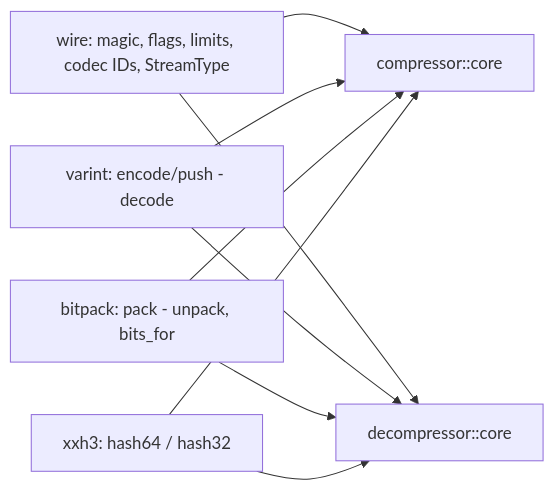
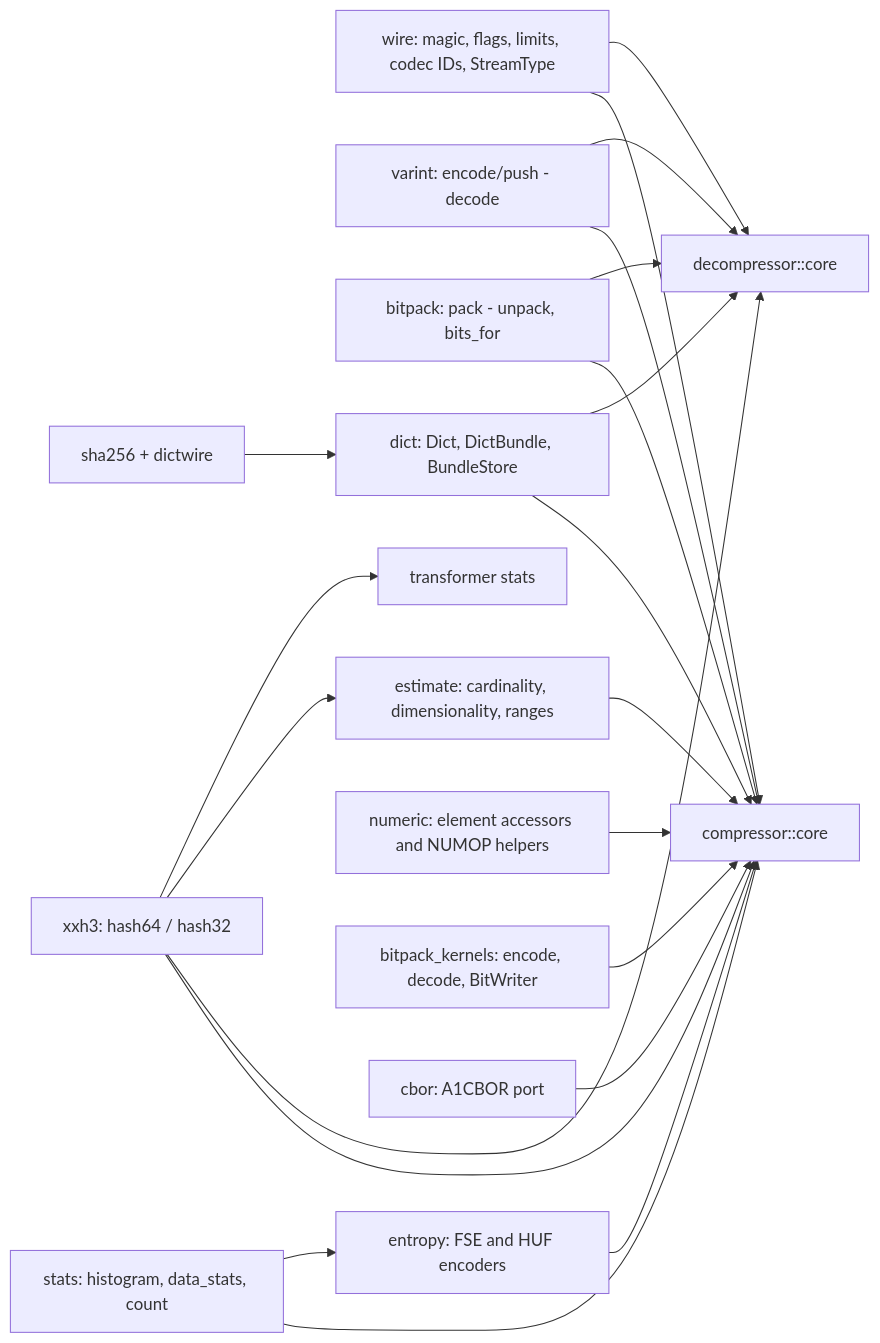
The first of 2 diagrams in architecture/shared-primitives.md (M-Compressors/mopenzl), drawn with Mermaid before and after one commit. The commit also changed other lines of this file and 784 other files, not shown here.

Commit message:
Support graph with all codecs

````diff
--- a/architecture/shared-primitives.md
+++ b/architecture/shared-primitives.md
@@ -6,11 +7,23 @@
 ```mermaid
 graph LR
     Wire[wire: magic, flags, limits, codec IDs, StreamType] --> Enc[compressor::core]
     Wire --> Dec[decompressor::core]
     Varint[varint: encode/push - decode] --> Enc
     Varint --> Dec
     Bitpack[bitpack: pack - unpack, bits_for] --> Enc
     Bitpack --> Dec
     Xxh3[xxh3: hash64 / hash32] --> Enc
     Xxh3 --> Dec
+    Sha[sha256 + dictwire] --> Dict[dict: Dict, DictBundle, BundleStore]
+    Dict --> Enc
+    Dict --> Dec
+    Stats["stats: histogram, data_stats, count"] --> Enc
+    Entropy["entropy: FSE and HUF encoders"] --> Enc
+    Estimate["estimate: cardinality, dimensionality, ranges"] --> Enc
+    Numeric["numeric: element accessors and NUMOP helpers"] --> Enc
+    BpK["bitpack_kernels: encode, decode, BitWriter"] --> Enc
+    Cbor["cbor: A1CBOR port"] --> Enc
+    Xxh3 --> Estimate
+    Xxh3 --> Stats2[transformer stats]
+    Stats --> Entropy
 ```
````
